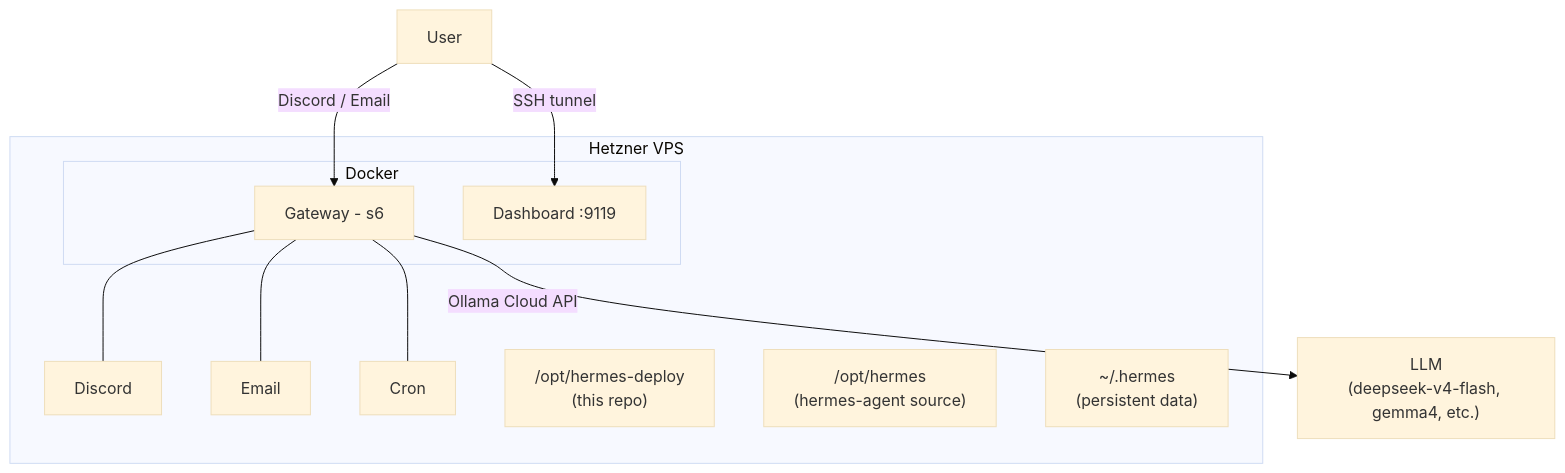
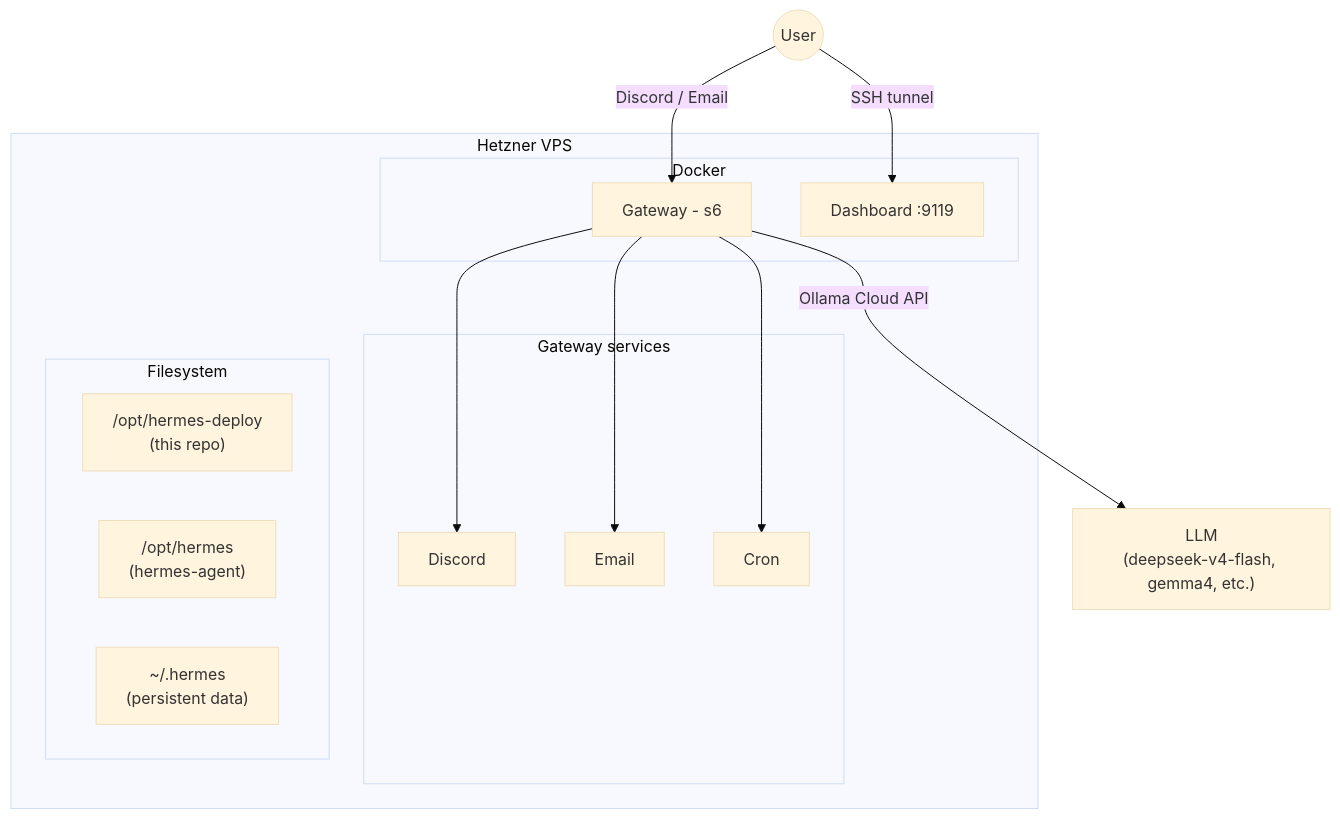
The diagram in README.md (francescomucio/hermes-deploy), drawn with Mermaid (base theme) before and after one commit.

Commit message:
Clean up Mermaid architecture diagram layout
Claude-Session: https://claude.ai/code/session_013knkWZwyhY8whHrUY86Ud4

````diff
--- a/README.md
+++ b/README.md
@@ -9,18 +9,32 @@
 ```mermaid
-graph TD
-    subgraph Hetzner VPS
+graph TB
+    User((User))
+
+    User -->|Discord / Email| GW
+    User -->|SSH tunnel| DB
+
+    subgraph VPS[Hetzner VPS]
         subgraph Docker
             GW[Gateway - s6]
             DB[Dashboard :9119]
         end
-        GW --- Discord
-        GW --- Email
-        GW --- Cron
-        REPO["/opt/hermes-deploy<br/>(this repo)"]
-        HERMES["/opt/hermes<br/>(hermes-agent source)"]
-        DATA["~/.hermes<br/>(persistent data)"]
+
+        subgraph Services[Gateway services]
+            Discord
+            Email
+            Cron
+        end
+
+        subgraph Filesystem
+            REPO["/opt/hermes-deploy<br/>(this repo)"]
+            HERMES["/opt/hermes<br/>(hermes-agent)"]
+            DATA["~/.hermes<br/>(persistent data)"]
+        end
+
+        GW --> Discord
+        GW --> Email
+        GW --> Cron
     end
+
     GW -->|Ollama Cloud API| LLM["LLM<br/>(deepseek-v4-flash, gemma4, etc.)"]
-    User -->|SSH tunnel| DB
-    User -->|Discord / Email| GW
 ```
````
